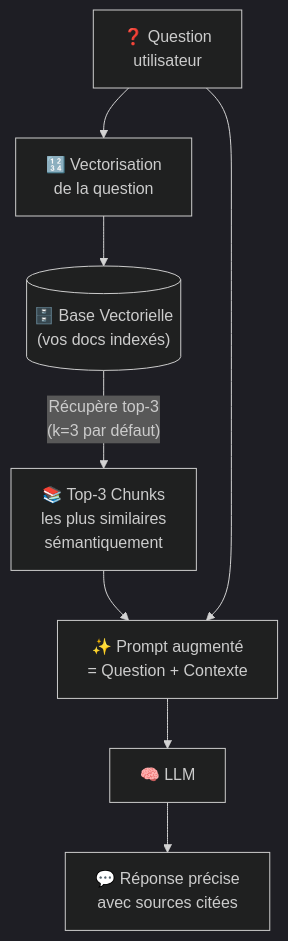
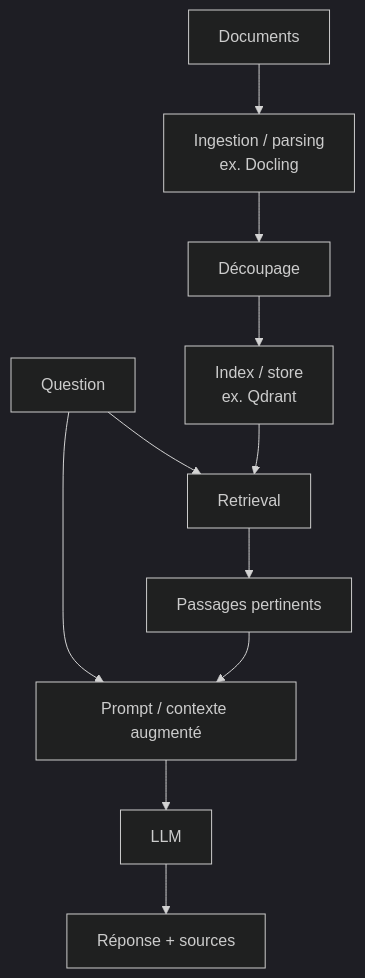
The second of 2 diagrams in docs/chapitre-7-rag/index.md (FTurleque/doc-utilisation-ia), drawn with Mermaid (dark theme) before and after one commit. The commit also changed other lines of this file and 261 other files, not shown here.

````diff
--- a/docs/chapitre-7-rag/index.md
+++ b/docs/chapitre-7-rag/index.md
@@ -56,13 +51,13 @@
 ```mermaid
 graph TD
-    Q["❓ Question\nutilisateur"] --> EMB["🔢 Vectorisation\nde la question"]
-
-    EMB --> VDB[("🗄️ Base Vectorielle\n(vos docs indexés)")]
-    VDB -->|"Récupère top-3<br/>(k=3 par défaut)"| CTX["📚 Top-3 Chunks<br/>les plus similaires<br/>sémantiquement"]
-
-    CTX --> AUGMENT["✨ Prompt augmenté\n= Question + Contexte"]
-    Q --> AUGMENT
-
-    AUGMENT --> LLM["🧠 LLM"]
-    LLM --> ANS["💬 Réponse précise\navec sources citées"]
+    DOCS["Documents"] --> ING["Ingestion / parsing\nex. Docling"]
+    ING --> CHUNK["Découpage"]
+    CHUNK --> IDX["Index / store\nex. Qdrant"]
+    Q["Question"] --> RET["Retrieval"]
+    IDX --> RET
+    RET --> CTX["Passages pertinents"]
+    Q --> AUG["Prompt / contexte augmenté"]
+    CTX --> AUG
+    AUG --> LLM["LLM"]
+    LLM --> ANS["Réponse + sources"]
 ```
````
